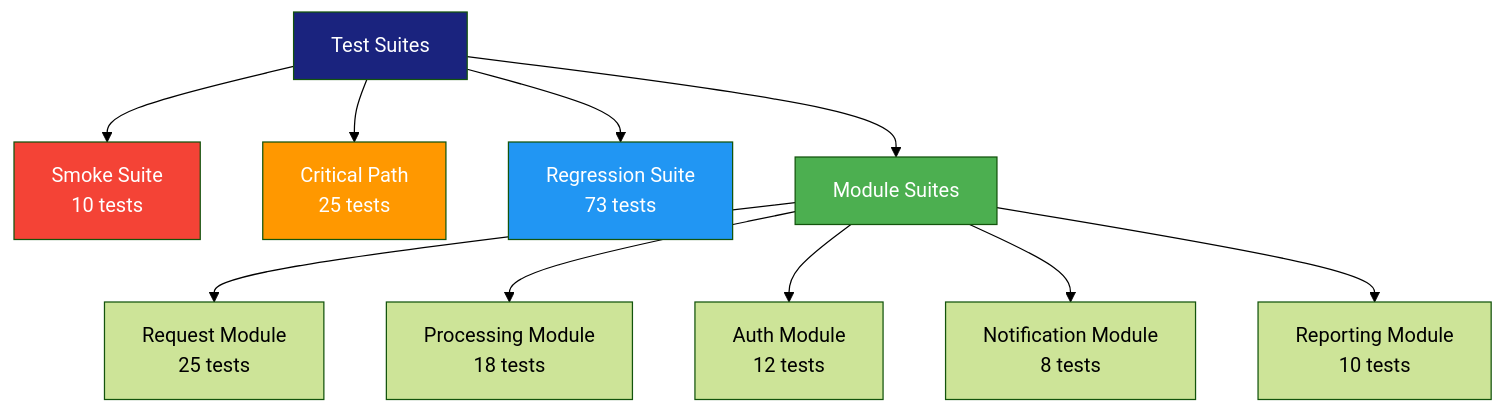
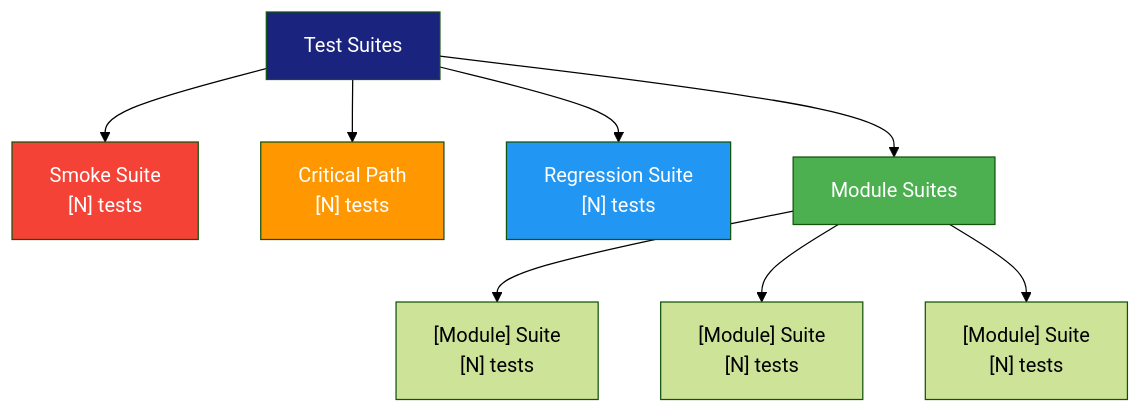
Before and after one commit to oat431/swe-knowledge: the diagram in document-template/13_Testing_and_Verification/Test-Suite.md, drawn with Mermaid (forest theme). The commit also changed other lines of this file and 50 other files, not shown here.

````diff
--- a/document-template/13_Testing_and_Verification/Test-Suite.md
+++ b/document-template/13_Testing_and_Verification/Test-Suite.md
@@ -30,19 +30,17 @@
 ```mermaid
 flowchart TD
-    ROOT[Test Suites] --> SMOKE[Smoke Suite<br>10 tests]
-    ROOT --> CRITICAL[Critical Path<br>25 tests]
-    ROOT --> REGRESSION[Regression Suite<br>73 tests]
+    ROOT[Test Suites] --> SMOKE["Smoke Suite<br>[N] tests"]
+    ROOT --> CRITICAL["Critical Path<br>[N] tests"]
+    ROOT --> REGRESSION["Regression Suite<br>[N] tests"]
     ROOT --> MODULE[Module Suites]
     
-    MODULE --> M1[Request Module<br>25 tests]
-    MODULE --> M2[Processing Module<br>18 tests]
-    MODULE --> M3[Auth Module<br>12 tests]
-    MODULE --> M4[Notification Module<br>8 tests]
-    MODULE --> M5[Reporting Module<br>10 tests]
+    MODULE --> M1["[Module] Suite<br>[N] tests"]
+    MODULE --> M2["[Module] Suite<br>[N] tests"]
+    MODULE --> M3["[Module] Suite<br>[N] tests"]
 
     style ROOT fill:#1a237e,color:#fff
     style SMOKE fill:#f44336,color:#fff
     style CRITICAL fill:#FF9800,color:#fff
     style REGRESSION fill:#2196F3,color:#fff
     style MODULE fill:#4CAF50,color:#fff
 ```
````
